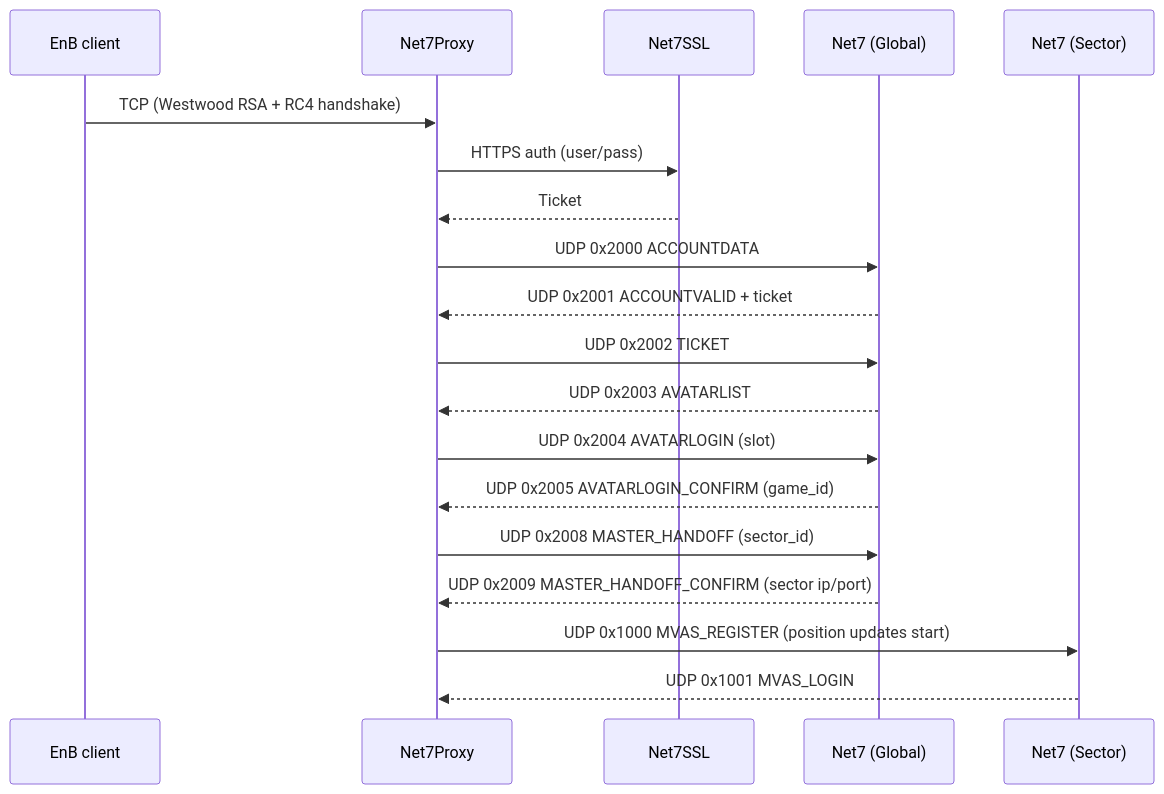
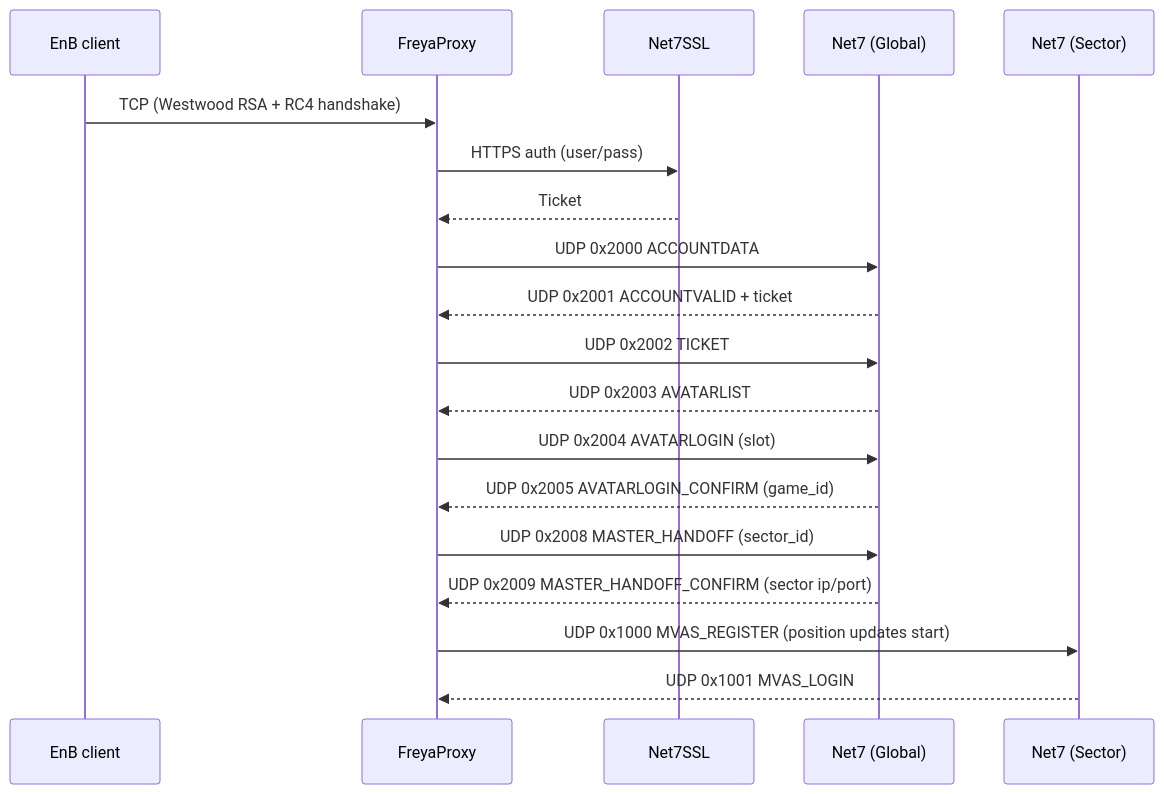
One commit to sigseg1v/enb-emulator changed the second of 2 diagrams in docs/02-architecture.md. Above: the diagram before and after it, drawn with Mermaid. The commit also changed other lines of this file and 107 other files, not shown here.

First line of the commit message:
tools: delete legacy WinForms launcher; finish Net7 -> Freya user-facing rebrand

````diff
--- a/docs/02-architecture.md
+++ b/docs/02-architecture.md
@@ -427,22 +427,22 @@
 ```mermaid
 sequenceDiagram
     participant Client as EnB client
-    participant Proxy as Net7Proxy
+    participant Proxy as FreyaProxy
     participant SSL as Net7SSL
     participant Net7 as Net7 (Global)
     participant Sector as Net7 (Sector)
 
     Client->>Proxy: TCP (Westwood RSA + RC4 handshake)
     Proxy->>SSL: HTTPS auth (user/pass)
     SSL-->>Proxy: Ticket
     Proxy->>Net7: UDP 0x2000 ACCOUNTDATA
     Net7-->>Proxy: UDP 0x2001 ACCOUNTVALID + ticket
     Proxy->>Net7: UDP 0x2002 TICKET
     Net7-->>Proxy: UDP 0x2003 AVATARLIST
     Proxy->>Net7: UDP 0x2004 AVATARLOGIN (slot)
     Net7-->>Proxy: UDP 0x2005 AVATARLOGIN_CONFIRM (game_id)
     Proxy->>Net7: UDP 0x2008 MASTER_HANDOFF (sector_id)
     Net7-->>Proxy: UDP 0x2009 MASTER_HANDOFF_CONFIRM (sector ip/port)
     Proxy->>Sector: UDP 0x1000 MVAS_REGISTER (position updates start)
     Sector-->>Proxy: UDP 0x1001 MVAS_LOGIN
 ```
````
